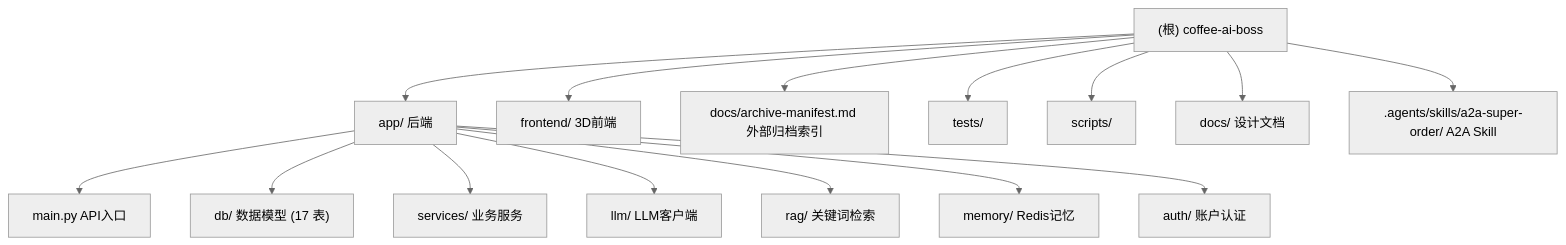
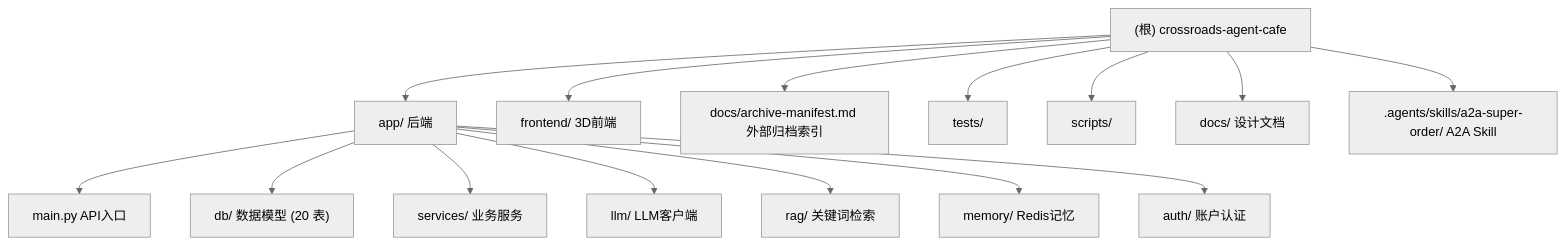
One commit to flying-dragon-ai/super-agentic-diner changed the diagram in CLAUDE.md. Above: the diagram before and after it, drawn with Mermaid (neutral theme). The commit also changed other lines of this file and 193 other files, not shown here.

First line of the commit message:
refactor(core): 重构项目命名为 Crossroads Agent Café 并优化相关文档

````diff
--- a/CLAUDE.md
+++ b/CLAUDE.md
@@ -114,22 +111,22 @@
 ```mermaid
 graph TD
-    Root["(根) coffee-ai-boss"] --> App["app/ 后端"]
+    Root["(根) crossroads-agent-cafe"] --> App["app/ 后端"]
     Root --> Frontend["frontend/ 3D前端"]
     Root --> ArchiveManifest["docs/archive-manifest.md 外部归档索引"]
     Root --> Tests["tests/"]
     Root --> Scripts["scripts/"]
     Root --> Docs["docs/ 设计文档"]
     Root --> Skill[".agents/skills/a2a-super-order/ A2A Skill"]
     App --> AppMain["main.py API入口"]
-    App --> AppDb["db/ 数据模型 (17 表)"]
+    App --> AppDb["db/ 数据模型 (20 表)"]
     App --> AppServices["services/ 业务服务"]
     App --> AppLlm["llm/ LLM客户端"]
     App --> AppRag["rag/ 关键词检索"]
     App --> AppMemory["memory/ Redis记忆"]
     App --> AppAuth["auth/ 账户认证"]
 
     click App "./app/CLAUDE.md" "查看后端模块文档"
     click Frontend "./frontend/CLAUDE.md" "查看 3D 前端模块文档"
     click Skill "./.agents/skills/a2a-super-order/CLAUDE.md" "查看 A2A Skill 模块文档"
     click ArchiveManifest "./docs/archive-manifest.md" "查看外部归档位置与恢复方式"
 ```
````
